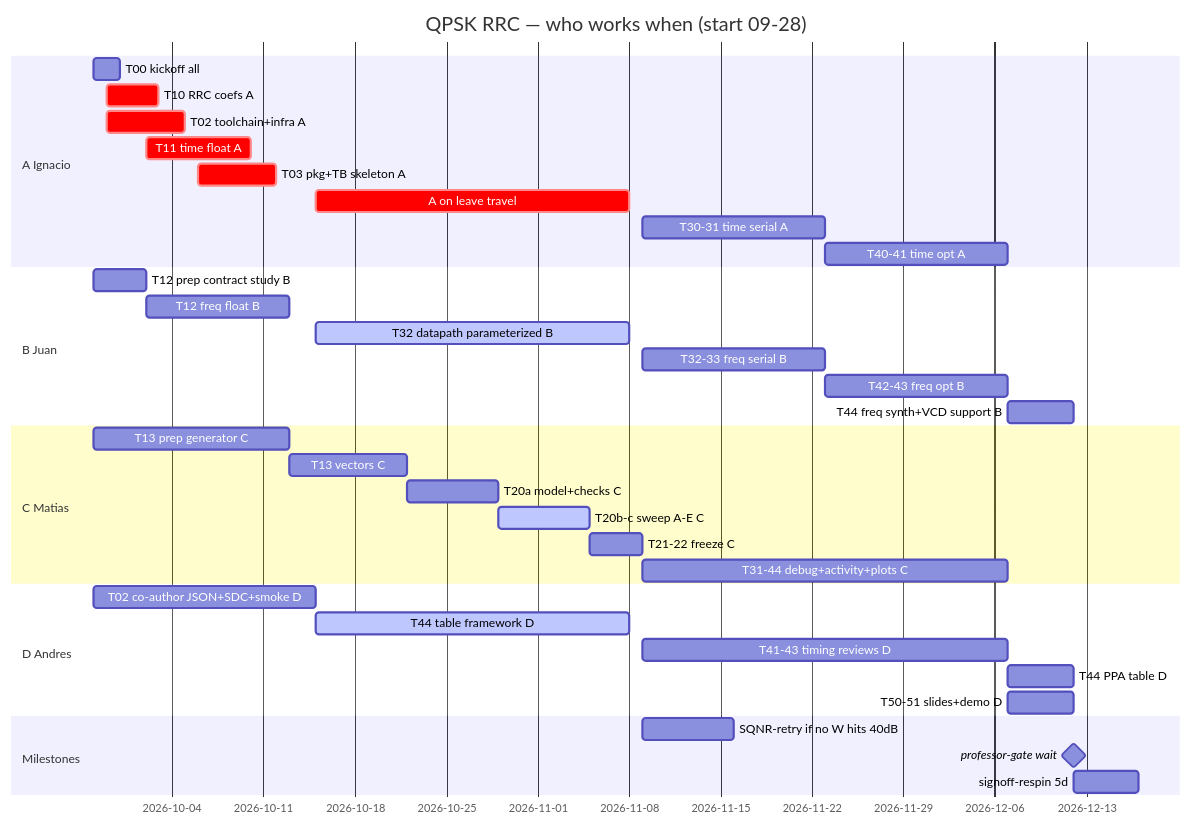
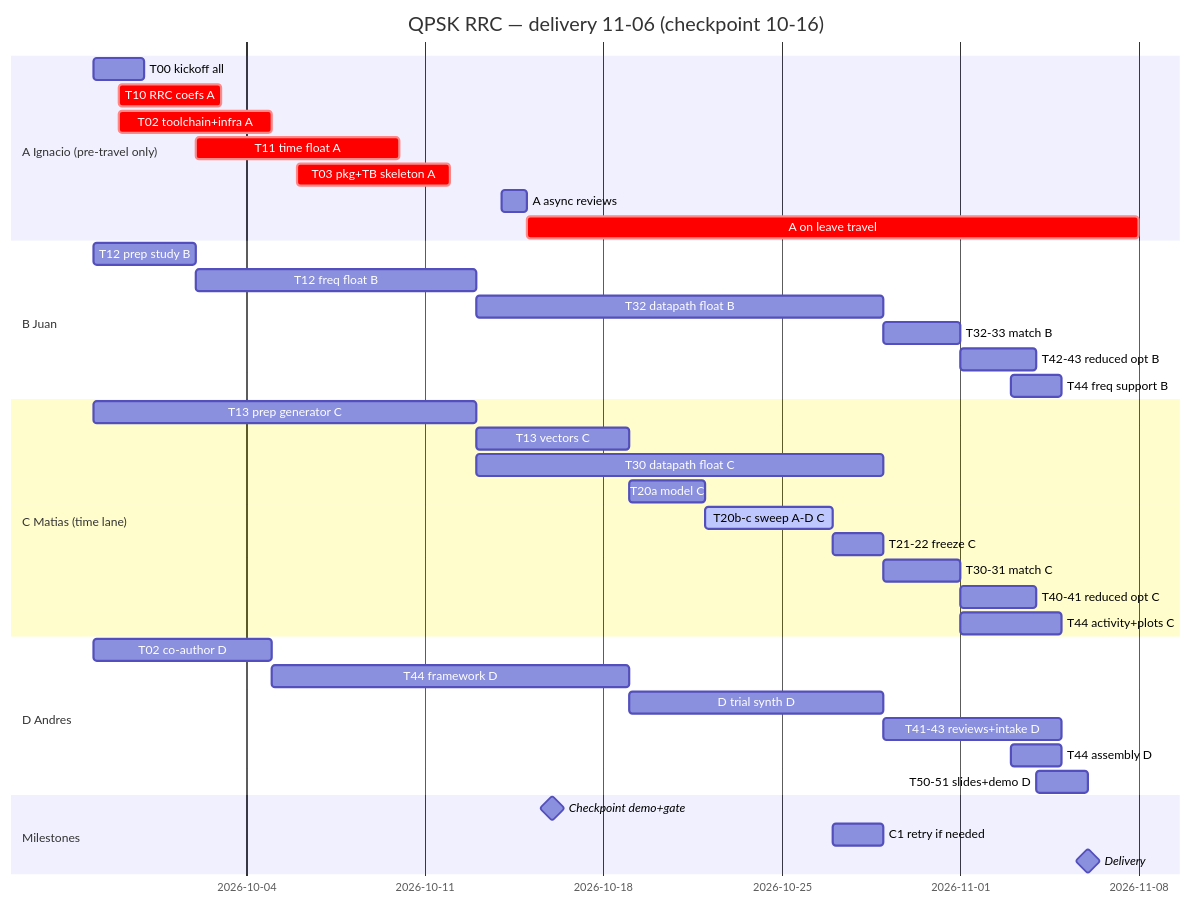
Before and after one commit to iledesma08/qpsk-rrc-filter-time-frequency: the second of 2 diagrams in docs/plan-gantt.md, drawn with Mermaid. The commit also changed other lines of this file, not shown here.

First line of the commit message:
docs(plan): replan for Nov-6 delivery and Oct-16 checkpoint

````diff
--- a/docs/plan-gantt.md
+++ b/docs/plan-gantt.md
@@ -134,38 +156,41 @@
 ```mermaid
 gantt
-  title QPSK RRC — who works when (start 09-28)
+  title QPSK RRC — delivery 11-06 (checkpoint 10-16)
   dateFormat YYYY-MM-DD
-  section A Ignacio
-  T00 kickoff all           :2026-09-28, 2d
-  T10 RRC coefs A           :crit, 2026-09-29, 4d
-  T02 toolchain+infra A     :crit, 2026-09-29, 6d
-  T11 time float A          :crit, 2026-10-02, 8d
-  T03 pkg+TB skeleton A     :crit, 2026-10-06, 6d
-  A on leave travel           :crit, 2026-10-15, 24d
-  T30-31 time serial A      :2026-11-09, 14d
-  T40-41 time opt A         :2026-11-23, 14d
+  section A Ignacio (pre-travel only)
+  T00 kickoff all       :2026-09-28, 2d
+  T10 RRC coefs A       :crit, 2026-09-29, 4d
+  T02 toolchain+infra A :crit, 2026-09-29, 6d
+  T11 time float A      :crit, 2026-10-02, 8d
+  T03 pkg+TB skeleton A :crit, 2026-10-06, 6d
+  A async reviews       :2026-10-14, 1d
+  A on leave travel     :crit, 2026-10-15, 24d
   section B Juan
-  T12 prep contract study B   :2026-09-28, 4d
-  T12 freq float B          :2026-10-02, 11d
-  T32 datapath parameterized B :active, 2026-10-15, 24d
-  T32-33 freq serial B      :2026-11-09, 14d
-  T42-43 freq opt B         :2026-11-23, 14d
-  T44 freq synth+VCD support B :2026-12-07, 5d
-  section C Matias
-  T13 prep generator C      :2026-09-28, 15d
-  T13 vectors C             :2026-10-13, 9d
-  T20a model+checks C       :2026-10-22, 7d
-  T20b-c sweep A-E C        :active, 2026-10-29, 7d
-  T21-22 freeze C           :2026-11-05, 4d
-  T31-44 debug+activity+plots C :2026-11-09, 28d
+  T12 prep study B      :2026-09-28, 4d
+  T12 freq float B      :2026-10-02, 11d
+  T32 datapath float B  :2026-10-13, 16d
+  T32-33 match B        :2026-10-29, 3d
+  T42-43 reduced opt B  :2026-11-01, 3d
+  T44 freq support B    :2026-11-03, 2d
+  section C Matias (time lane)
+  T13 prep generator C  :2026-09-28, 15d
+  T13 vectors C         :2026-10-13, 6d
+  T30 datapath float C  :2026-10-13, 16d
+  T20a model C          :2026-10-19, 3d
+  T20b-c sweep A-D C    :active, 2026-10-22, 5d
+  T21-22 freeze C       :2026-10-27, 2d
+  T30-31 match C        :2026-10-29, 3d
+  T40-41 reduced opt C  :2026-11-01, 3d
+  T44 activity+plots C  :2026-11-01, 4d
   section D Andres
-  T02 co-author JSON+SDC+smoke D :2026-09-28, 17d
-  T44 table framework D       :active, 2026-10-15, 24d
-  T41-43 timing reviews D   :2026-11-09, 28d
-  T44 PPA table D           :2026-12-07, 5d
-  T50-51 slides+demo D      :2026-12-07, 5d
+  T02 co-author D       :2026-09-28, 7d
+  T44 framework D       :2026-10-05, 14d
+  D trial synth D       :2026-10-19, 10d
+  T41-43 reviews+intake D :2026-10-29, 7d
+  T44 assembly D        :2026-11-03, 2d
+  T50-51 slides+demo D  :2026-11-04, 2d
   section Milestones
-  SQNR-retry if no W hits 40dB :2026-11-09, 7d
-  professor-gate wait       :milestone, 2026-12-12, 0d
-  signoff-respin 5d         :2026-12-12, 5d
+  Checkpoint demo+gate   :milestone, 2026-10-16, 0d
+  C1 retry if needed    :2026-10-27, 2d
+  Delivery              :milestone, 2026-11-06, 0d
 ```
````
